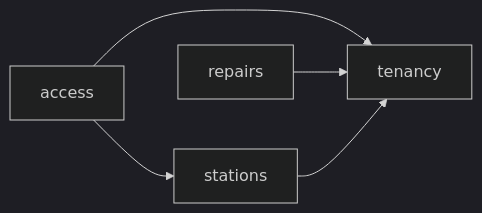
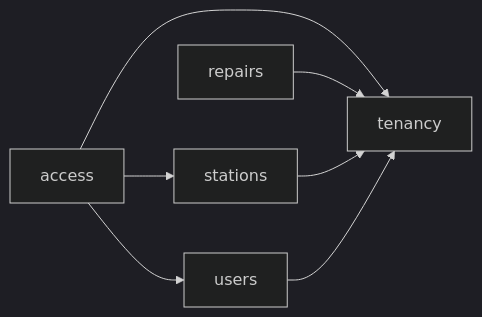
Before and after one commit to luisgtzaviles/SrTaller-2.0: the diagram in docs/architecture-readiness/dec-005-materialization/DEPENDENCY_GRAPH.md, drawn with Mermaid (dark theme). The commit also changed other lines of this file and 23 other files, not shown here.

````diff
--- a/docs/architecture-readiness/dec-005-materialization/DEPENDENCY_GRAPH.md
+++ b/docs/architecture-readiness/dec-005-materialization/DEPENDENCY_GRAPH.md
@@ -5,7 +5,9 @@
 ```mermaid
 flowchart LR
   access --> stations
   access --> tenancy
+  access --> users
   repairs --> tenancy
   stations --> tenancy
+  users --> tenancy
 ```
````
